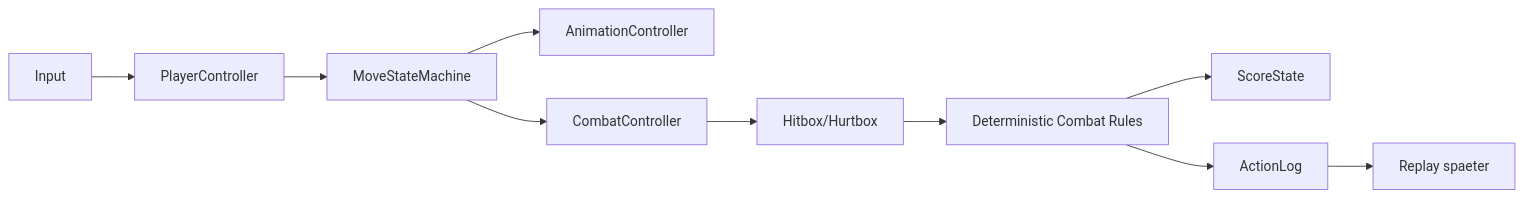
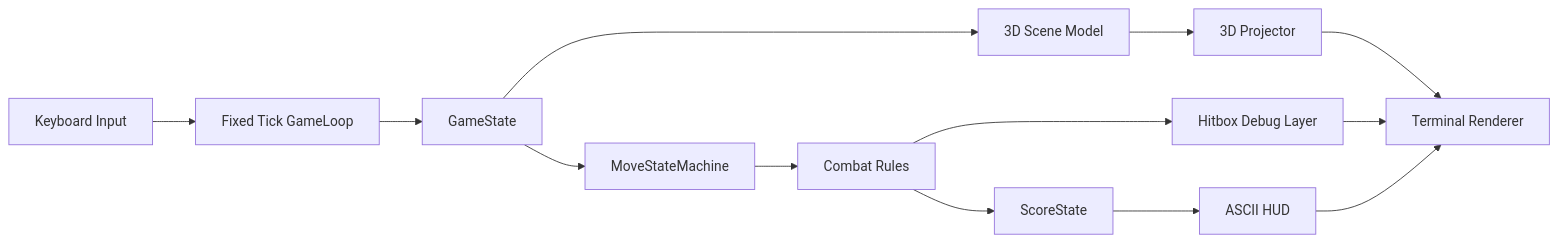
The fourth of 5 diagrams in docs/examples/ananta-capoeira-duel/README.md (ananta888/ananta), drawn with Mermaid before and after one commit. The commit also changed other lines of this file, not shown here.

Commit message:
Refocus capoeira duel on terminal 3D prototype

````diff
--- a/docs/examples/ananta-capoeira-duel/README.md
+++ b/docs/examples/ananta-capoeira-duel/README.md
@@ -88,12 +104,15 @@
 ```mermaid
 flowchart LR
-    Input[Input] --> Controller[PlayerController]
-    Controller --> MoveState[MoveStateMachine]
-    MoveState --> Anim[AnimationController]
-    MoveState --> Combat[CombatController]
-    Combat --> Hitbox[Hitbox/Hurtbox]
-    Hitbox --> Rules[Deterministic Combat Rules]
-    Rules --> Score[ScoreState]
-    Rules --> Log[ActionLog]
-    Log --> Replay[Replay spaeter]
+    Input[Keyboard Input] --> GameLoop[Fixed Tick GameLoop]
+    GameLoop --> State[GameState]
+    State --> Moves[MoveStateMachine]
+    Moves --> Combat[Combat Rules]
+    State --> Scene[3D Scene Model]
+    Combat --> Score[ScoreState]
+    Combat --> Debug[Hitbox Debug Layer]
+    Scene --> Projector[3D Projector]
+    Projector --> Terminal[Terminal Renderer]
+    Score --> Hud[ASCII HUD]
+    Debug --> Terminal
+    Hud --> Terminal
 ```
````
